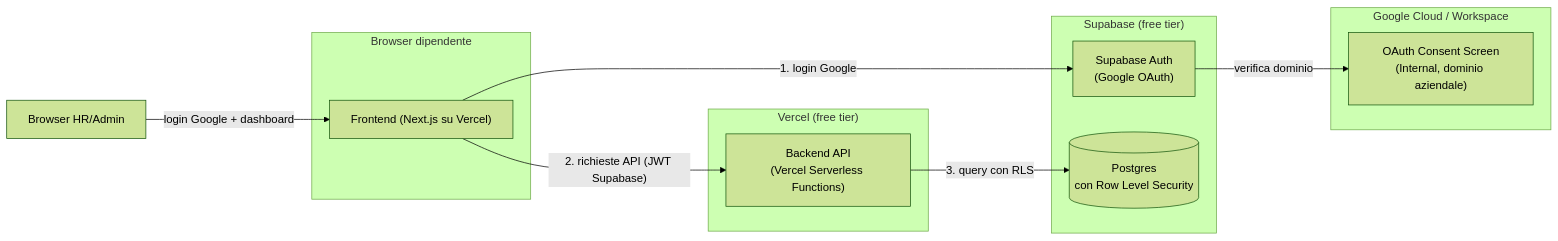
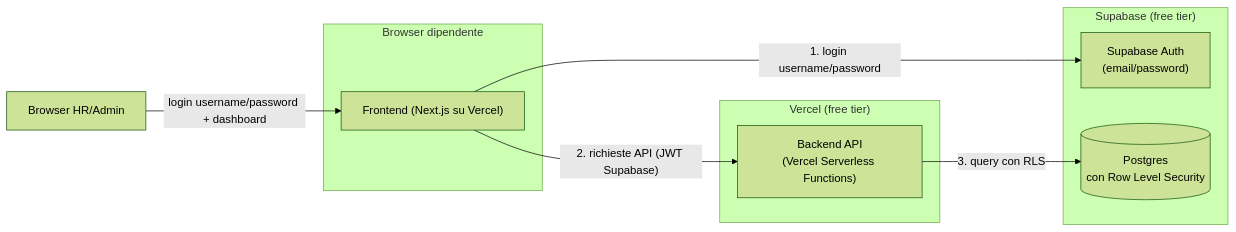
One commit to silviasalzano-source/Open-Listening-Active-Care changed the first of 2 diagrams in docs/architettura-proposta-pilota.md. Above: the diagram before and after it, drawn with Mermaid (forest theme). The commit also changed other lines of this file, not shown here.

First line of the commit message:
Sostituisce login Google con username/password per la fase pilota

````diff
--- a/docs/architettura-proposta-pilota.md
+++ b/docs/architettura-proposta-pilota.md
@@ -42,26 +47,21 @@
 ```mermaid
 flowchart LR
     subgraph Client["Browser dipendente"]
         FE["Frontend (Next.js su Vercel)"]
     end
 
     subgraph Vercel["Vercel (free tier)"]
         FE
         API["Backend API\n(Vercel Serverless Functions)"]
     end
 
     subgraph Supabase["Supabase (free tier)"]
-        AUTH["Supabase Auth\n(Google OAuth)"]
+        AUTH["Supabase Auth\n(email/password)"]
         DB[("Postgres\ncon Row Level Security")]
     end
 
-    subgraph Google["Google Cloud / Workspace"]
-        GAUTH["OAuth Consent Screen\n(Internal, dominio aziendale)"]
-    end
-
-    FE -- "1. login Google" --> AUTH
-    AUTH -- "verifica dominio" --> GAUTH
+    FE -- "1. login username/password" --> AUTH
     FE -- "2. richieste API (JWT Supabase)" --> API
     API -- "3. query con RLS" --> DB
-    HR["Browser HR/Admin"] -- "login Google + dashboard" --> FE
+    HR["Browser HR/Admin"] -- "login username/password + dashboard" --> FE
 ```
````
